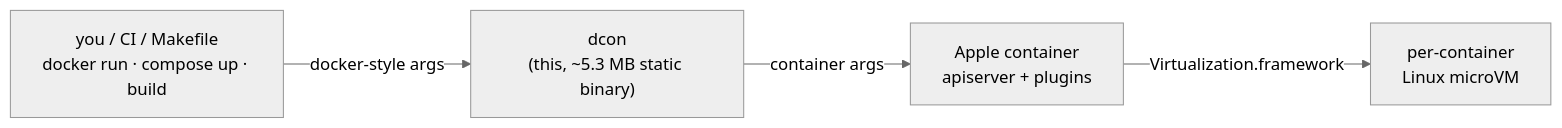
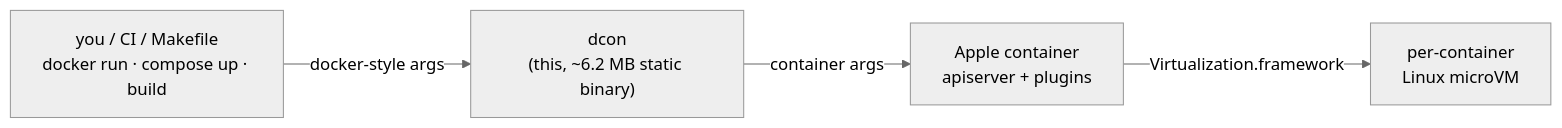
The diagram in README.md (o1x3/dcon), drawn with Mermaid (neutral theme) before and after one commit. The commit also changed other lines of this file and 19 other files, not shown here.

````diff
--- a/README.md
+++ b/README.md
@@ -46,6 +46,6 @@
 ```mermaid
 flowchart LR
-    A["you / CI / Makefile<br/>docker run · compose up · build"] -->|docker-style args| B["dcon<br/>(this, ~5.3 MB static binary)"]
+    A["you / CI / Makefile<br/>docker run · compose up · build"] -->|docker-style args| B["dcon<br/>(this, ~6.2 MB static binary)"]
     B -->|container args| C["Apple container<br/>apiserver + plugins"]
     C -->|Virtualization.framework| D["per-container<br/>Linux microVM"]
 ```
````
